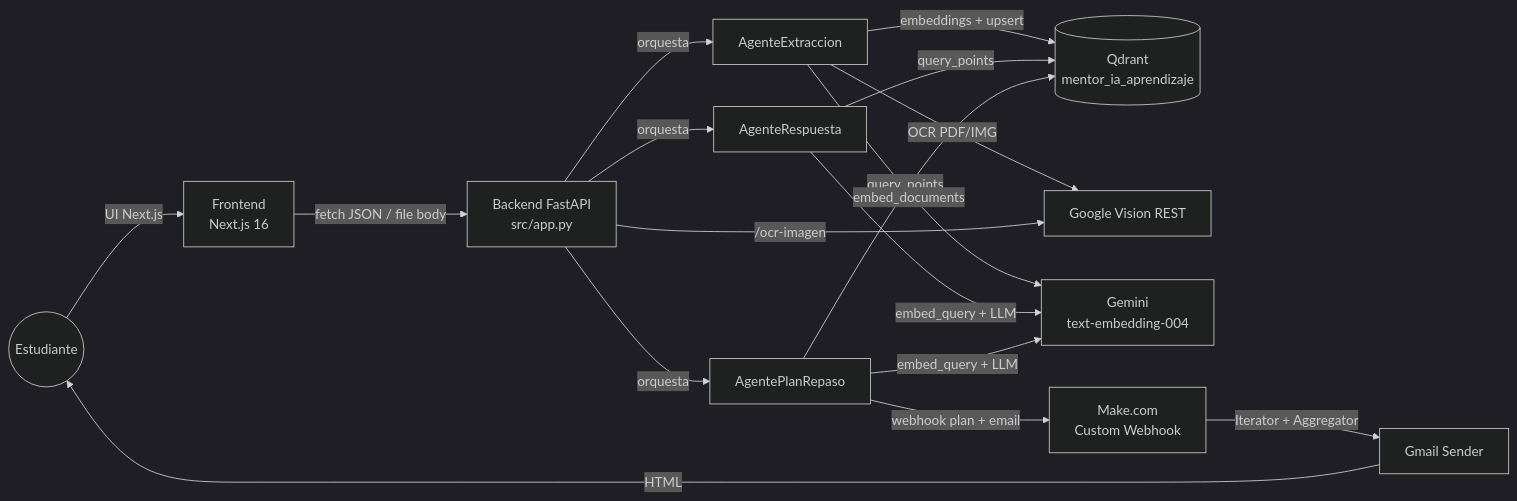
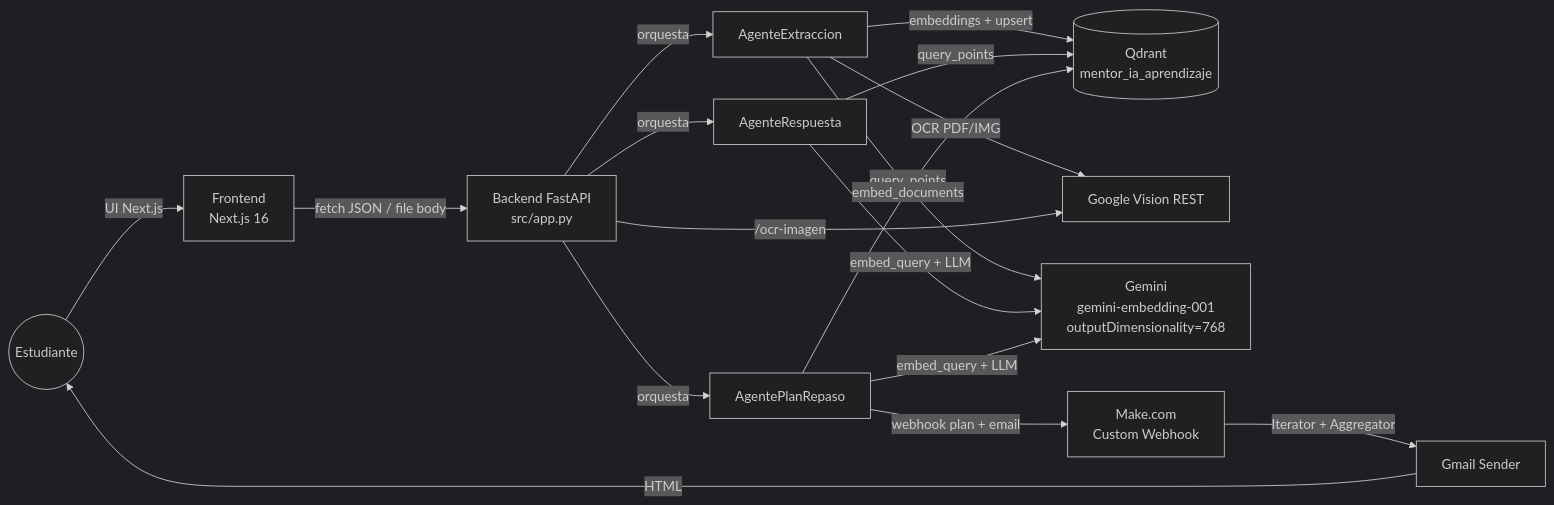
Before and after one commit to imlozano/mentor-ia-v2: the first of 6 diagrams in docs/academic/Flujo_Interaccion_Usuario_Sistema.md, drawn with Mermaid (dark theme). The commit also changed other lines of this file and 8 other files, not shown here.

First line of the commit message:
docs: migrate embedding model to gemini-embedding-001 with MRL@768

````diff
--- a/docs/academic/Flujo_Interaccion_Usuario_Sistema.md
+++ b/docs/academic/Flujo_Interaccion_Usuario_Sistema.md
@@ -44,19 +44,19 @@
 ```mermaid
 flowchart LR
     User((Estudiante)) -->|UI Next.js| FE[Frontend<br/>Next.js 16]
     FE -->|fetch JSON / file body| BE[Backend FastAPI<br/>src/app.py]
     BE -->|orquesta| AE[AgenteExtraccion]
     BE -->|orquesta| AR[AgenteRespuesta]
     BE -->|orquesta| APR[AgentePlanRepaso]
     AE -->|embeddings + upsert| QD[(Qdrant<br/>mentor_ia_aprendizaje)]
     AR -->|query_points| QD
     APR -->|query_points| QD
     AE -->|OCR PDF/IMG| GV[Google Vision REST]
     BE -->|/ocr-imagen| GV
-    AE -->|embed_documents| GE[Gemini<br/>text-embedding-004]
+    AE -->|embed_documents| GE[Gemini<br/>gemini-embedding-001<br/>outputDimensionality=768]
     AR -->|embed_query + LLM| GE
     APR -->|embed_query + LLM| GE
     APR -->|webhook plan + email| MK[Make.com<br/>Custom Webhook]
     MK -->|Iterator + Aggregator| GM[Gmail Sender]
     GM -->|HTML| User
 ```
````
